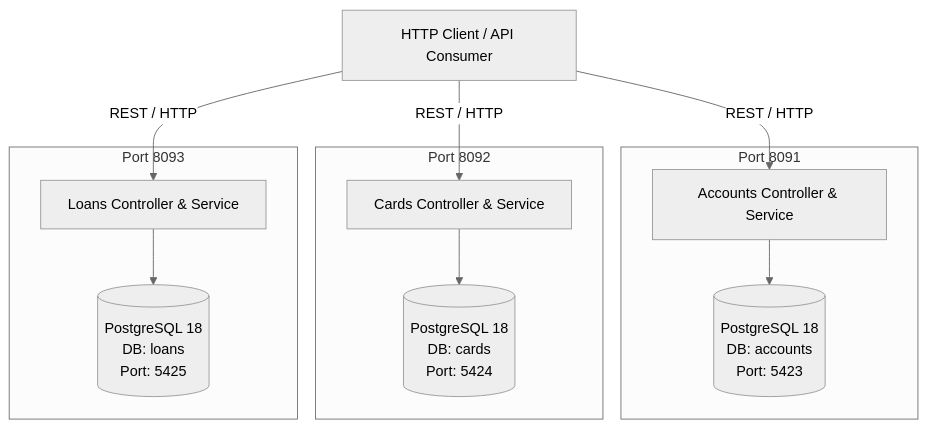
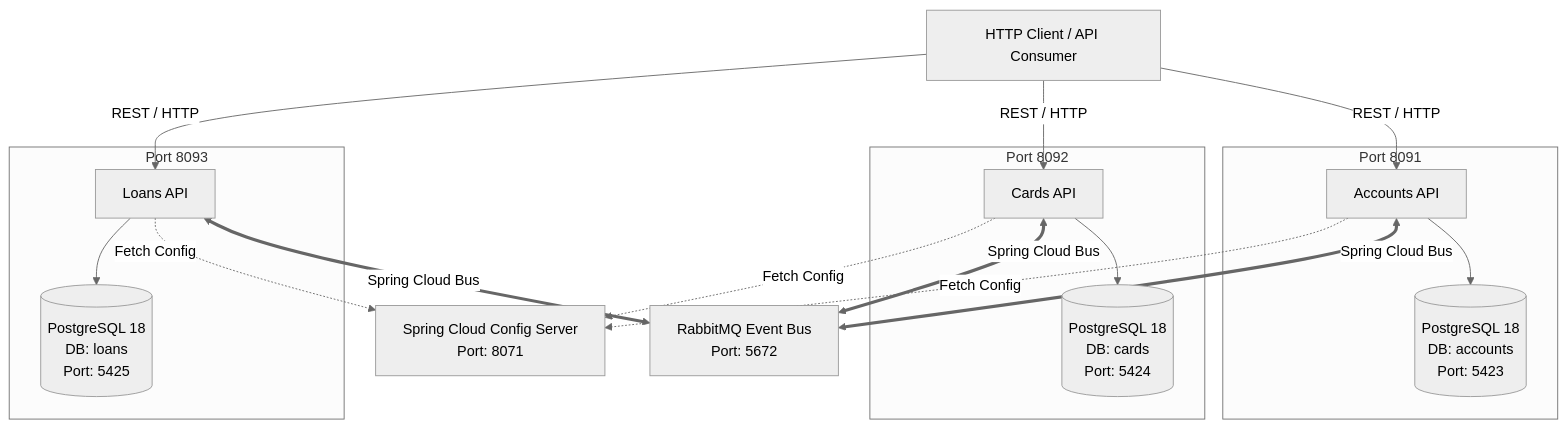
Before and after one commit to cham207388/master-ms-sb: the diagram in README.md, drawn with Mermaid (neutral theme). The commit also changed other lines of this file and 2 other files, not shown here.

````diff
--- a/README.md
+++ b/README.md
@@ -18,26 +19,36 @@
 ```mermaid
 graph TD
     Client[HTTP Client / API Consumer]
+    ConfigServer[Spring Cloud Config Server<br/>Port: 8071]
+    RabbitMQ[RabbitMQ Event Bus<br/>Port: 5672]
 
     subgraph Accounts Microservice [Port 8091]
-        AccountsApp[Accounts Controller & Service]
+        AccountsApp[Accounts API]
         AccountsDB[(PostgreSQL 18<br/>DB: accounts<br/>Port: 5423)]
         AccountsApp --> AccountsDB
     end
 
     subgraph Cards Microservice [Port 8092]
-        CardsApp[Cards Controller & Service]
+        CardsApp[Cards API]
         CardsDB[(PostgreSQL 18<br/>DB: cards<br/>Port: 5424)]
         CardsApp --> CardsDB
     end
 
     subgraph Loans Microservice [Port 8093]
-        LoansApp[Loans Controller & Service]
+        LoansApp[Loans API]
         LoansDB[(PostgreSQL 18<br/>DB: loans<br/>Port: 5425)]
         LoansApp --> LoansDB
     end
+
+    AccountsApp -.->|Fetch Config| ConfigServer
+    CardsApp -.->|Fetch Config| ConfigServer
+    LoansApp -.->|Fetch Config| ConfigServer
+
+    AccountsApp <==>|Spring Cloud Bus| RabbitMQ
+    CardsApp <==>|Spring Cloud Bus| RabbitMQ
+    LoansApp <==>|Spring Cloud Bus| RabbitMQ
 
     Client -->|REST / HTTP| AccountsApp
     Client -->|REST / HTTP| CardsApp
     Client -->|REST / HTTP| LoansApp
 ```
````
